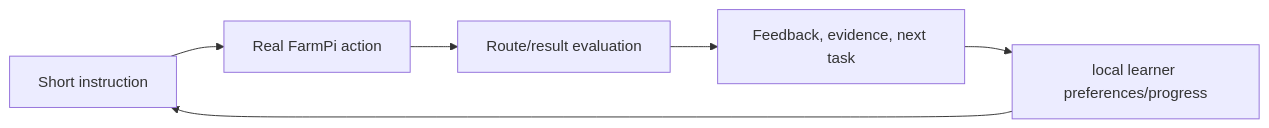
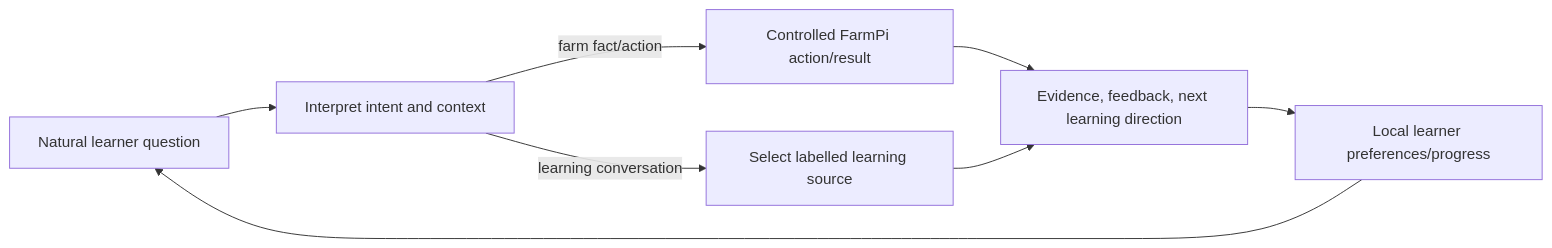
One commit to w0rmy/farmpi changed the diagram in docs/diagrams/flexible-learning.mmd. Above: the diagram before and after it, drawn with Mermaid. The commit also changed 22 other files, not shown here.

```diff
--- a/docs/diagrams/flexible-learning.mmd
+++ b/docs/diagrams/flexible-learning.mmd
@@ -1,6 +1,8 @@
 flowchart LR
-  I[Short instruction] --> A[Real FarmPi action]
-  A --> R[Route/result evaluation]
-  R --> F[Feedback, evidence, next task]
-  F --> P[local learner preferences/progress]
+  I[Natural learner question] --> C[Interpret intent and context]
+  C -->|farm fact/action| A[Controlled FarmPi action/result]
+  C -->|learning conversation| S[Select labelled learning source]
+  A --> F[Evidence, feedback, next learning direction]
+  S --> F
+  F --> P[Local learner preferences/progress]
   P --> I
```
